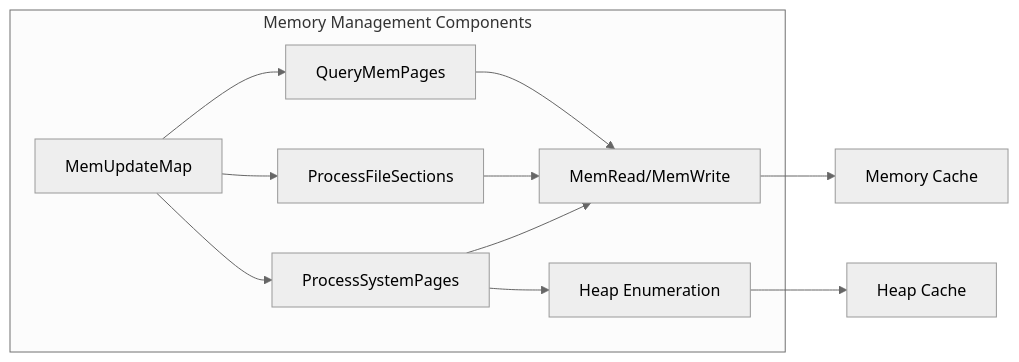
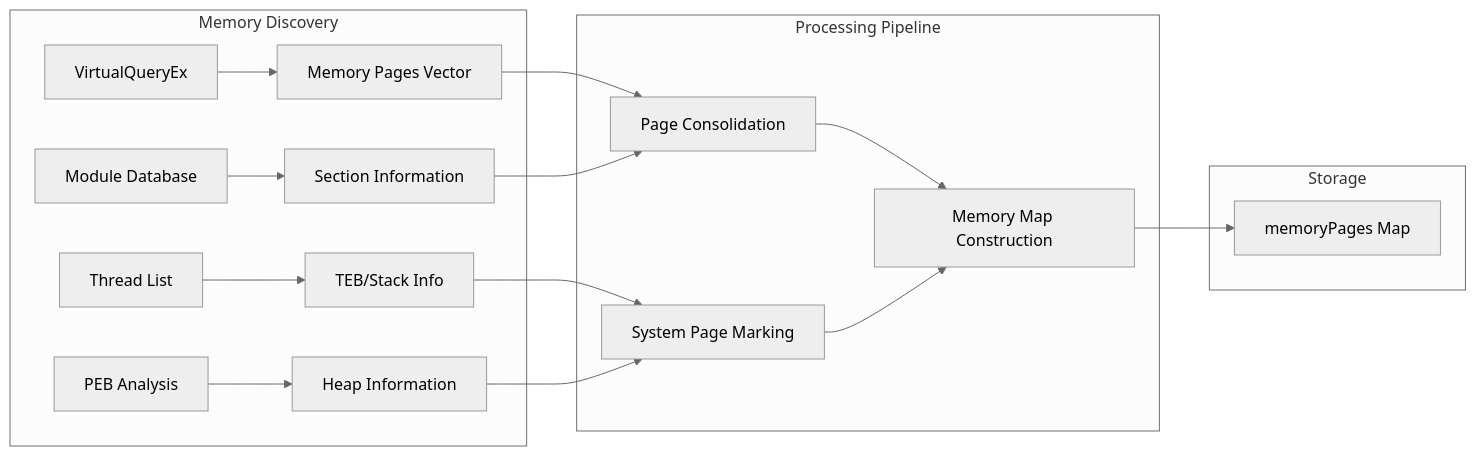
One commit to FSoft-AI4Code/codewiki-demo changed the second of 4 diagrams in docs/x64dbg--x64dbg-docs/Memory Management.md. Above: the diagram before and after it, drawn with Mermaid (neutral theme). The commit also changed other lines of this file and 1103 other files, not shown here.

````diff
--- a/docs/x64dbg--x64dbg-docs/Memory Management.md
+++ b/docs/x64dbg--x64dbg-docs/Memory Management.md
@@ -63,24 +56,22 @@
 ```mermaid
 graph LR
-    subgraph "Memory Management Components"
-        A[MemUpdateMap]
-        B[QueryMemPages]
-        C[ProcessFileSections]
-        D[ProcessSystemPages]
-        E[MemRead/MemWrite]
-        F[Heap Enumeration]
+    subgraph "Memory Discovery"
+        A[VirtualQueryEx] --> B[Memory Pages Vector]
+        C[Module Database] --> D[Section Information]
+        E[Thread List] --> F[TEB/Stack Info]
+        G[PEB Analysis] --> H[Heap Information]
     end
     
-    A --> B
-    A --> C
-    A --> D
+    subgraph "Processing Pipeline"
+        B --> I[Page Consolidation]
+        D --> I
+        F --> J[System Page Marking]
+        H --> J
+        I --> K[Memory Map Construction]
+        J --> K
+    end
     
-    B --> E
-    C --> E
-    D --> E
-    
-    D --> F
-    
-    E --> G[Memory Cache]
-    F --> H[Heap Cache]
+    subgraph "Storage"
+        K --> L[memoryPages Map]
+    end
 ```
````
